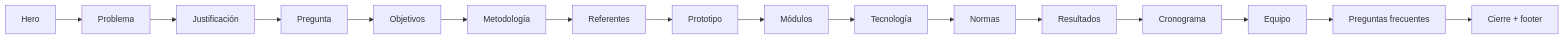
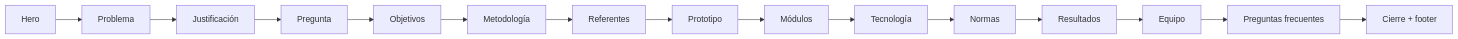
One commit to SantyCardo/vr-landing-page changed the second of 4 diagrams in README.md. Above: the diagram before and after it, drawn with Mermaid. The commit also changed other lines of this file and 4 other files, not shown here.

````diff
--- a/README.md
+++ b/README.md
@@ -81,7 +81,7 @@
 ```mermaid
 flowchart LR
     A["Hero"] --> B["Problema"] --> C["Justificación"] --> D["Pregunta"] --> E["Objetivos"]
     E --> F["Metodología"] --> G["Referentes"] --> H["Prototipo"] --> I["Módulos"]
-    I --> J["Tecnología"] --> K["Normas"] --> L["Resultados"] --> M["Cronograma"]
-    M --> N["Equipo"] --> O["Preguntas frecuentes"] --> P["Cierre + footer"]
+    I --> J["Tecnología"] --> K["Normas"] --> L["Resultados"]
+    L --> N["Equipo"] --> O["Preguntas frecuentes"] --> P["Cierre + footer"]
 ```
````
